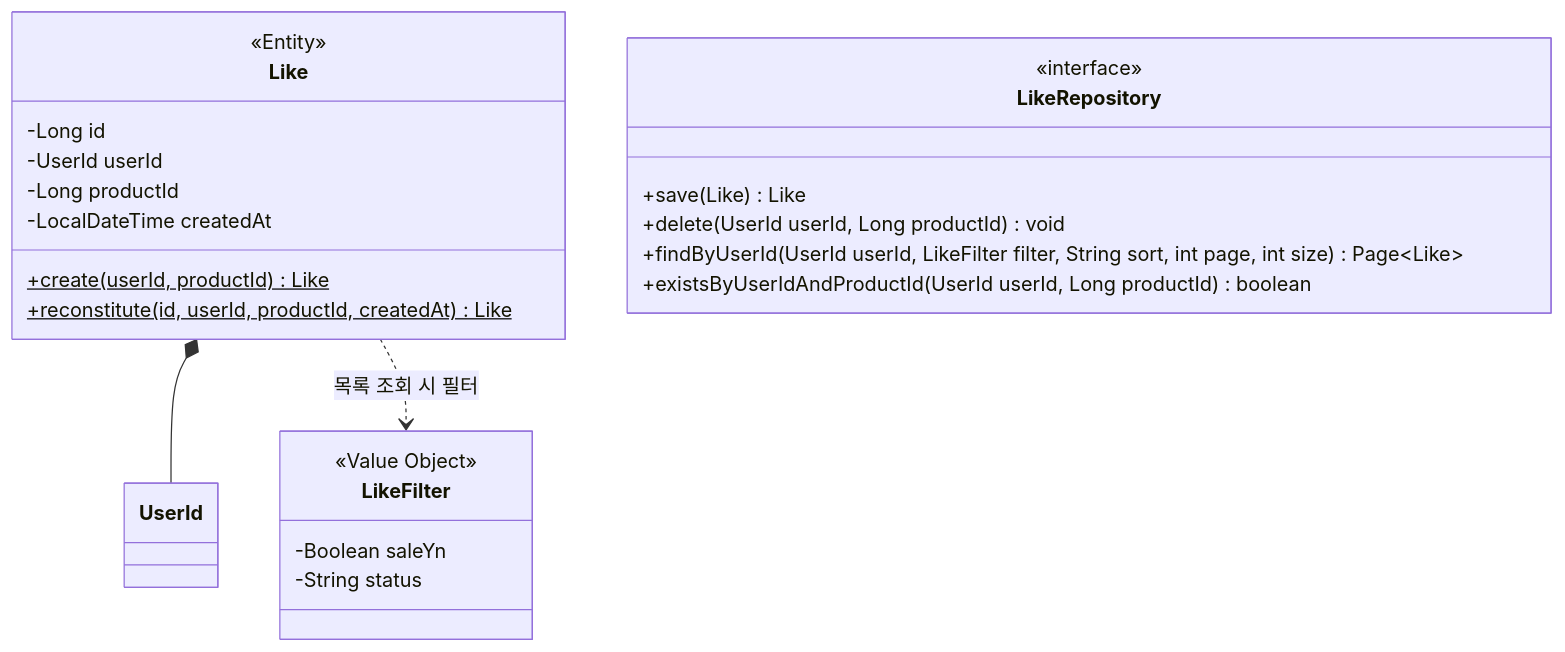
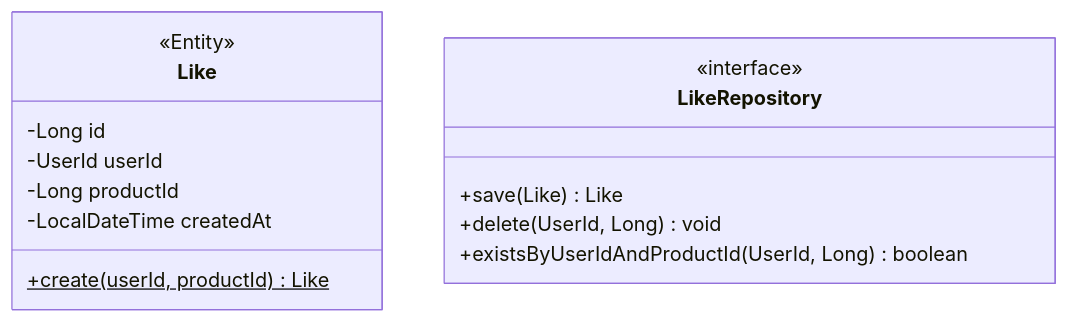
One commit to ukukdin/loop-pack-be-l2-vol3-java changed the seventh of 8 diagrams in .docs/design/03-class-diagram.md. Above: the diagram before and after it, drawn with Mermaid. The commit also changed other lines of this file and 11 other files, not shown here.

````diff
--- a/.docs/design/03-class-diagram.md
+++ b/.docs/design/03-class-diagram.md
@@ -711,29 +371,17 @@
 ```mermaid
 classDiagram
     class Like {
         <<Entity>>
         -Long id
         -UserId userId
         -Long productId
         -LocalDateTime createdAt
         +create(userId, productId)$ Like
-        +reconstitute(id, userId, productId, createdAt)$ Like
     }
-
     class LikeRepository {
         <<interface>>
         +save(Like) Like
-        +delete(UserId userId, Long productId) void
-        +findByUserId(UserId userId, LikeFilter filter, String sort, int page, int size) Page~Like~
-        +existsByUserIdAndProductId(UserId userId, Long productId) boolean
+        +delete(UserId, Long) void
+        +existsByUserIdAndProductId(UserId, Long) boolean
     }
-
-    class LikeFilter {
-        <<Value Object>>
-        -Boolean saleYn
-        -String status
-    }
-
-    Like *-- UserId
-    Like ..> LikeFilter : 목록 조회 시 필터
 ```
````
